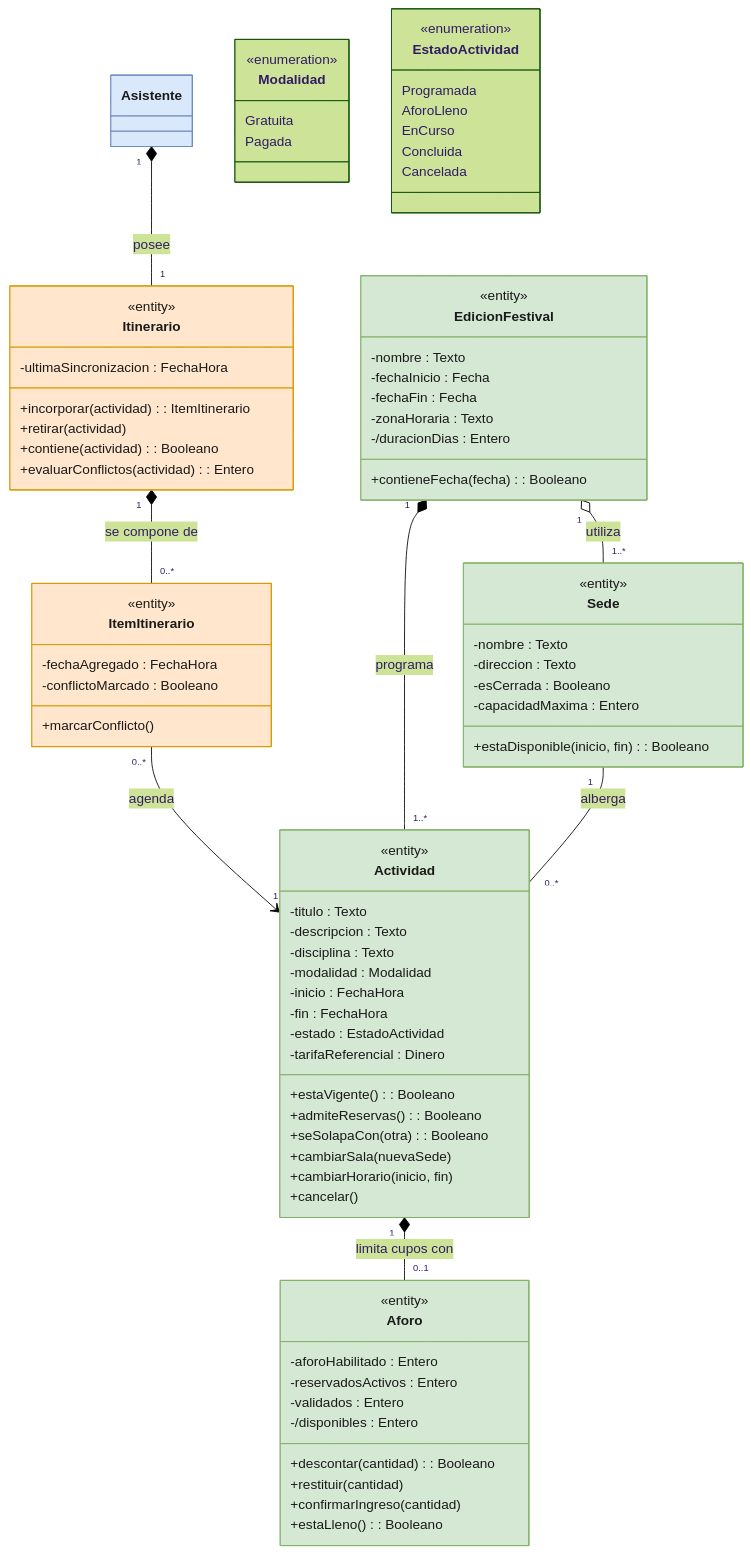
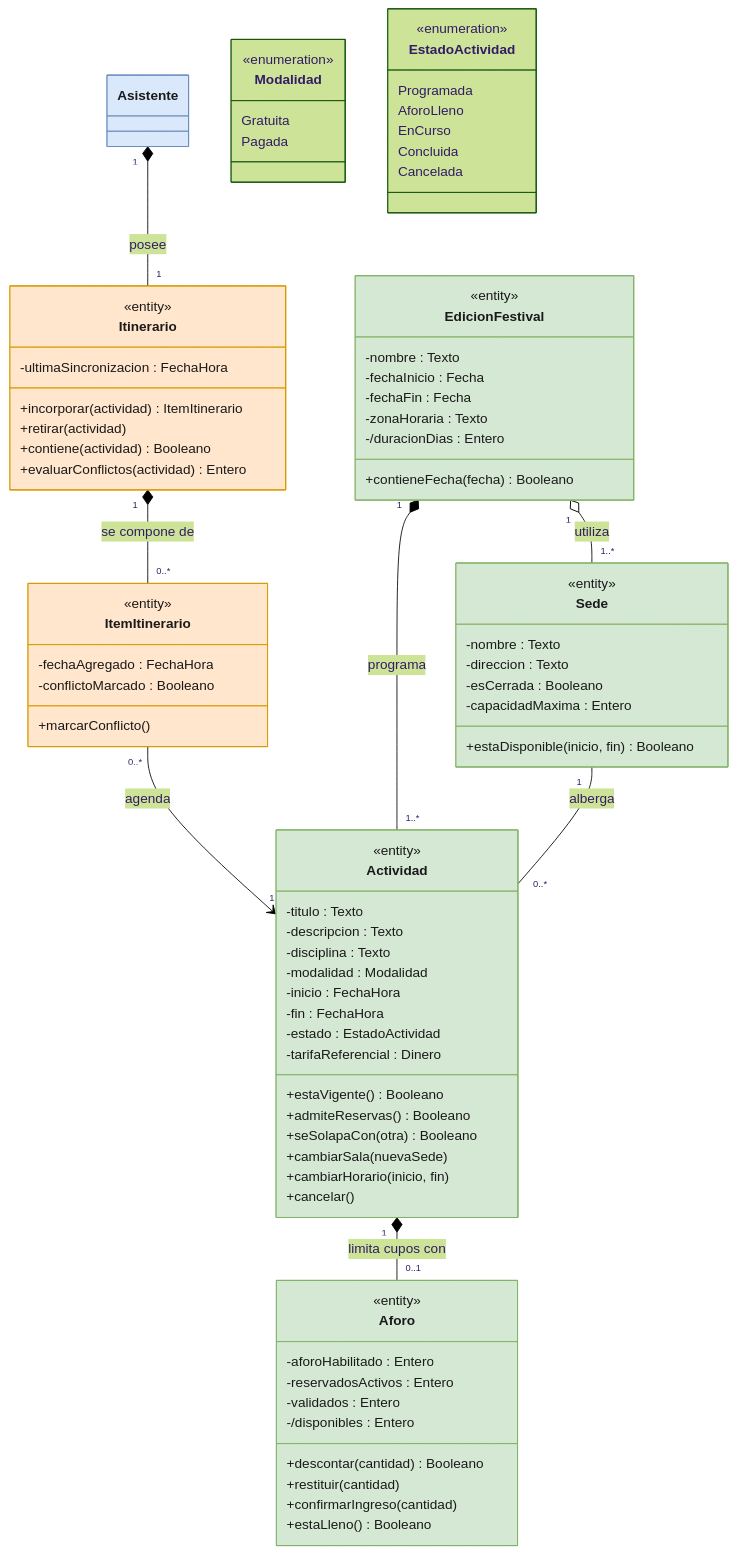
The third of 7 diagrams in docs/architecture/02-logical-view.md (ArquitecturaSoftwareEC-UNI/FIAVL_ProyectoBIM), drawn with Mermaid (forest theme) before and after one commit. The commit also changed other lines of this file and 1 other file, not shown here.

First line of the commit message:
docs(arch): add complete class diagram to logical view

````diff
--- a/docs/architecture/02-logical-view.md
+++ b/docs/architecture/02-logical-view.md
@@ -208,7 +449,7 @@
     -fechaFin : Fecha
     -zonaHoraria : Texto
     -/duracionDias : Entero
-    +contieneFecha(fecha) : Booleano
+    +contieneFecha(fecha) Booleano
   }
   class Sede {
     <<entity>>
@@ -216,7 +457,7 @@
     -direccion : Texto
     -esCerrada : Booleano
     -capacidadMaxima : Entero
-    +estaDisponible(inicio, fin) : Booleano
+    +estaDisponible(inicio, fin) Booleano
   }
   class Actividad {
     <<entity>>
@@ -228,9 +469,9 @@
     -fin : FechaHora
     -estado : EstadoActividad
     -tarifaReferencial : Dinero
-    +estaVigente() : Booleano
-    +admiteReservas() : Booleano
-    +seSolapaCon(otra) : Booleano
+    +estaVigente() Booleano
+    +admiteReservas() Booleano
+    +seSolapaCon(otra) Booleano
     +cambiarSala(nuevaSede)
     +cambiarHorario(inicio, fin)
     +cancelar()
@@ -241,18 +482,18 @@
     -reservadosActivos : Entero
     -validados : Entero
     -/disponibles : Entero
-    +descontar(cantidad) : Booleano
+    +descontar(cantidad) Booleano
     +restituir(cantidad)
     +confirmarIngreso(cantidad)
-    +estaLleno() : Booleano
+    +estaLleno() Booleano
   }
   class Itinerario {
     <<entity>>
     -ultimaSincronizacion : FechaHora
-    +incorporar(actividad) : ItemItinerario
+    +incorporar(actividad) ItemItinerario
     +retirar(actividad)
-    +contiene(actividad) : Booleano
-    +evaluarConflictos(actividad) : Entero
+    +contiene(actividad) Booleano
+    +evaluarConflictos(actividad) Entero
   }
   class ItemItinerario {
     <<entity>>
@@ -281,11 +522,11 @@
   EdicionFestival "1" o-- "1..*" Sede : utiliza
   Sede "1" -- "0..*" Actividad : alberga
   Actividad "1" *-- "0..1" Aforo : limita cupos con
+  style Itinerario fill:#FFE6CC,stroke:#D79B00,color:#1a1a1a
+  style Sede fill:#D5E8D4,stroke:#82B366,color:#1a1a1a
   style Aforo fill:#D5E8D4,stroke:#82B366,color:#1a1a1a
   style ItemItinerario fill:#FFE6CC,stroke:#D79B00,color:#1a1a1a
   style Actividad fill:#D5E8D4,stroke:#82B366,color:#1a1a1a
   style EdicionFestival fill:#D5E8D4,stroke:#82B366,color:#1a1a1a
-  style Sede fill:#D5E8D4,stroke:#82B366,color:#1a1a1a
   style Asistente fill:#DAE8FC,stroke:#6C8EBF,color:#1a1a1a
-  style Itinerario fill:#FFE6CC,stroke:#D79B00,color:#1a1a1a
 ```
````
